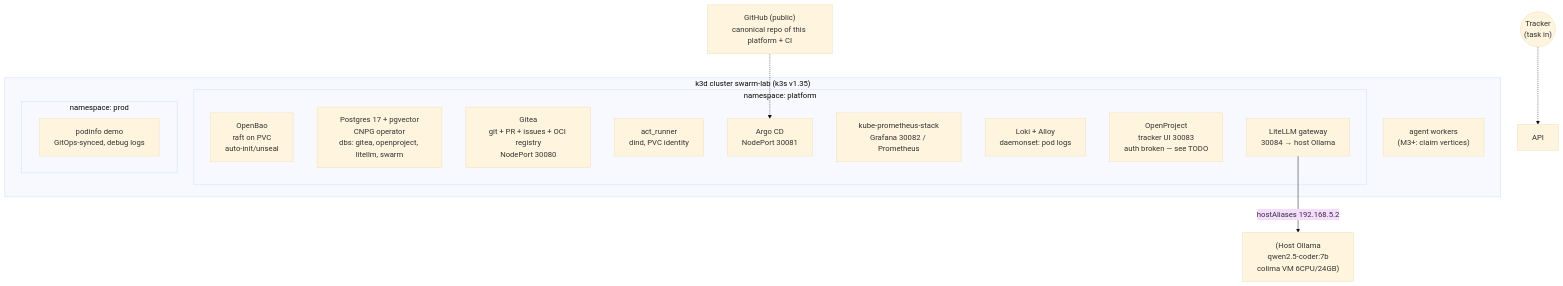
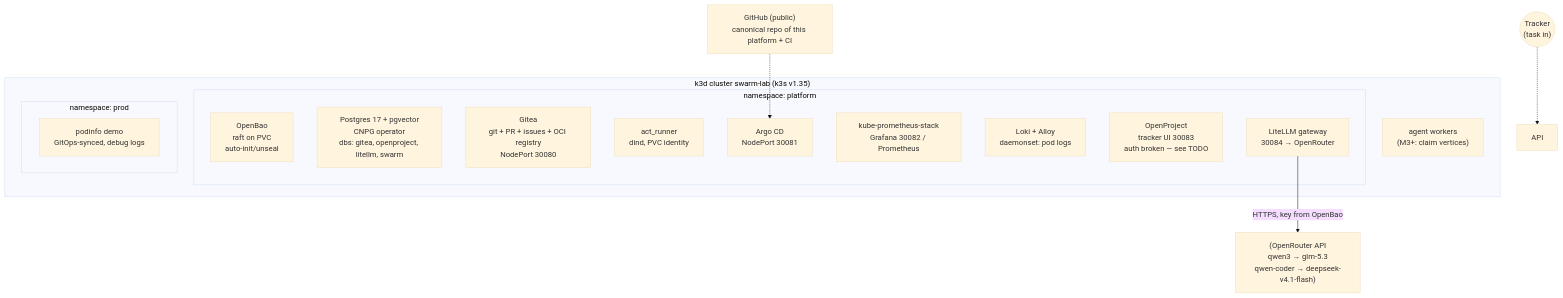
Before and after one commit to kryadov/ai-based-isv: the second of 4 diagrams in ARCH.md, drawn with Mermaid (base theme). The commit also changed 10 other files, not shown here.

First line of the commit message:
feat(stand): local secrets via .env (.env.example); docs for the OpenRouter LLM

````diff
--- a/ARCH.md
+++ b/ARCH.md
@@ -34,24 +34,24 @@
 ```mermaid
 flowchart TB
     subgraph k3d["k3d cluster swarm-lab (k3s v1.35)"]
         subgraph platform["namespace: platform"]
             OB["OpenBao\nraft on PVC\nauto-init/unseal"]
             PG["Postgres 17 + pgvector\nCNPG operator\ndbs: gitea, openproject, litellm, swarm"]
             GT["Gitea\ngit + PR + issues + OCI registry\nNodePort 30080"]
             RUN["act_runner\ndind, PVC identity"]
             AR["Argo CD\nNodePort 30081"]
             KS["kube-prometheus-stack\nGrafana 30082 / Prometheus"]
             LK["Loki + Alloy\ndaemonset: pod logs"]
             OP["OpenProject\ntracker UI 30083\nauth broken — see TODO"]
-            LL["LiteLLM gateway\n30084 → host Ollama"]
+            LL["LiteLLM gateway\n30084 → OpenRouter"]
         end
         subgraph prod["namespace: prod"]
             PODINFO["podinfo demo\nGitOps-synced, debug logs"]
         end
         AG["agent workers\n(M3+: claim vertices)"]
     end
-    OLL["(Host Ollama\nqwen2.5-coder:7b\ncolima VM 6CPU/24GB)"]
-    LL -->|hostAliases 192.168.5.2| OLL
+    ORT["(OpenRouter API\nqwen3 → glm-5.3\nqwen-coder → deepseek-v4.1-flash)"]
+    LL -->|HTTPS, key from OpenBao| ORT
     GH["GitHub (public)\ncanonical repo of this platform + CI"] -.-> AR
     TRK(("Tracker\n(task in)")) -.-> API
 ```
````
